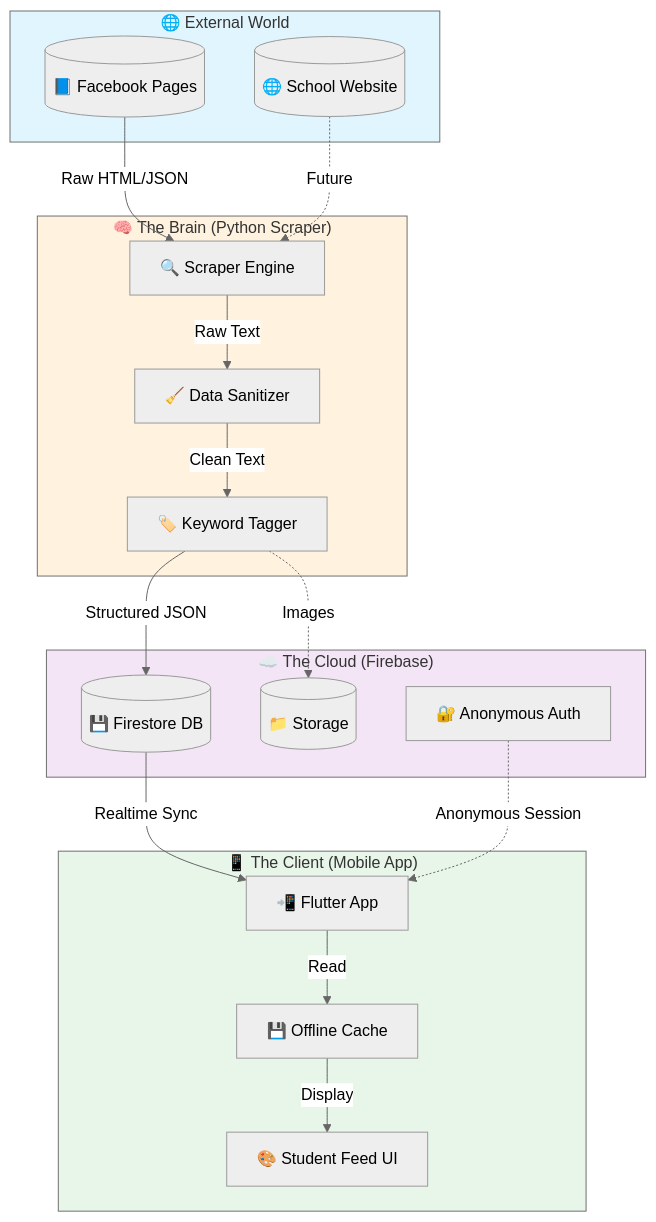
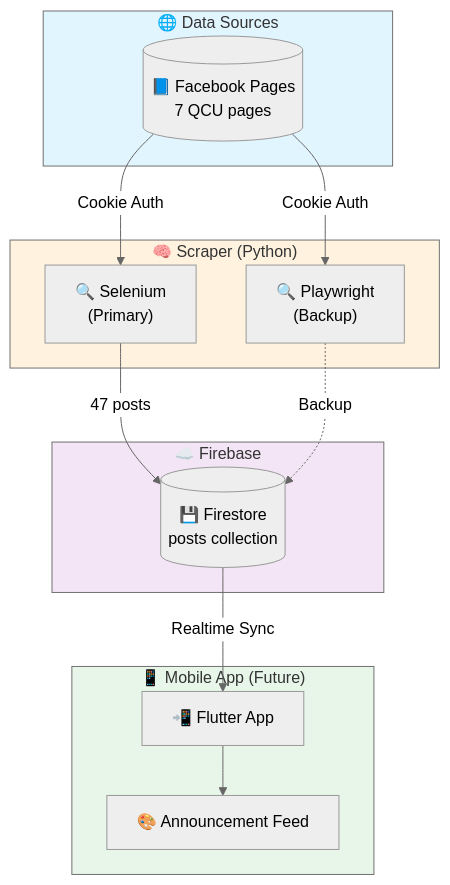
Before and after one commit to BrentFordVRemerata/Facebook-Scraper: the first of 8 diagrams in QCU Unified Network.md, drawn with Mermaid (neutral theme). The commit also changed other lines of this file and 5 other files, not shown here.

````diff
--- a/QCU Unified Network.md
+++ b/QCU Unified Network.md
@@ -53,41 +30,32 @@
 ```mermaid
 graph TD
-    subgraph External["🌐 External World"]
-        FB[("📘 Facebook Pages")]
-        Web[("🌐 School Website")]
+    subgraph External["🌐 Data Sources"]
+        FB[("📘 Facebook Pages<br/>7 QCU pages")]
     end
 
-    subgraph Brain["🧠 The Brain (Python Scraper)"]
-        Scraper["🔍 Scraper Engine"]
-        Cleaner["🧹 Data Sanitizer"]
-        Tagger["🏷️ Keyword Tagger"]
+    subgraph Scraper["🧠 Scraper (Python)"]
+        Selenium["🔍 Selenium<br/>(Primary)"]
+        Playwright["🔍 Playwright<br/>(Backup)"]
     end
 
-    subgraph Cloud["☁️ The Cloud (Firebase)"]
-        DB[("💾 Firestore DB")]
-        Storage[("📁 Storage")]
-        Auth["🔐 Anonymous Auth"]
+    subgraph Cloud["☁️ Firebase"]
+        Firestore[("💾 Firestore<br/>posts collection")]
     end
 
-    subgraph Client["📱 The Client (Mobile App)"]
-        App["📲 Flutter App"]
-        Cache["💾 Offline Cache"]
-        UI["🎨 Student Feed UI"]
+    subgraph App["📱 Mobile App (Future)"]
+        Flutter["📲 Flutter App"]
+        Feed["🎨 Announcement Feed"]
     end
 
-    FB -->|Raw HTML/JSON| Scraper
-    Web -.->|Future| Scraper
-    Scraper -->|Raw Text| Cleaner
-    Cleaner -->|Clean Text| Tagger
-    Tagger -->|Structured JSON| DB
-    Tagger -.->|Images| Storage
-    DB -->|Realtime Sync| App
-    App -->|Read| Cache
-    Cache -->|Display| UI
-    Auth -.->|Anonymous Session| App
+    FB -->|"Cookie Auth"| Selenium
+    FB -->|"Cookie Auth"| Playwright
+    Selenium -->|"47 posts"| Firestore
+    Playwright -.->|"Backup"| Firestore
+    Firestore -->|"Realtime Sync"| Flutter
+    Flutter --> Feed
 
     style External fill:#e1f5fe
-    style Brain fill:#fff3e0
+    style Scraper fill:#fff3e0
     style Cloud fill:#f3e5f5
-    style Client fill:#e8f5e9
+    style App fill:#e8f5e9
 ```
````
